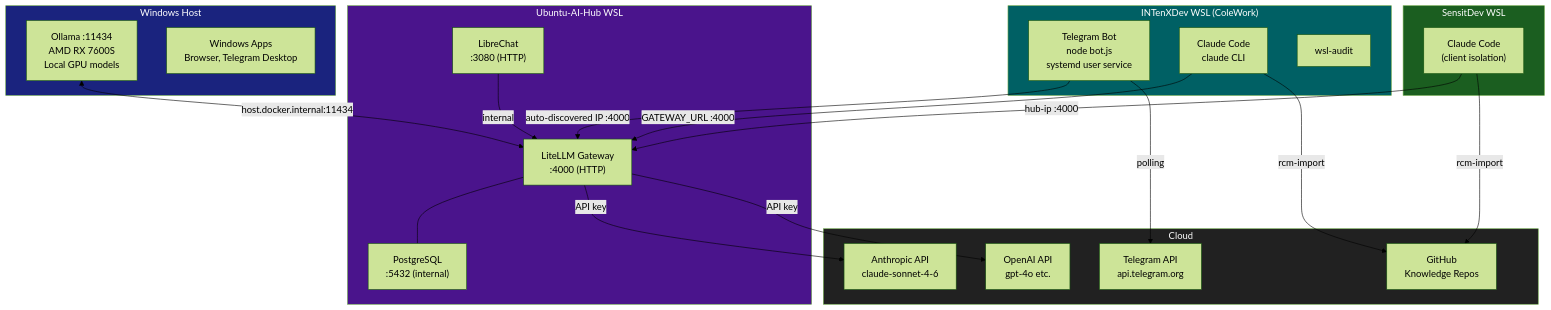
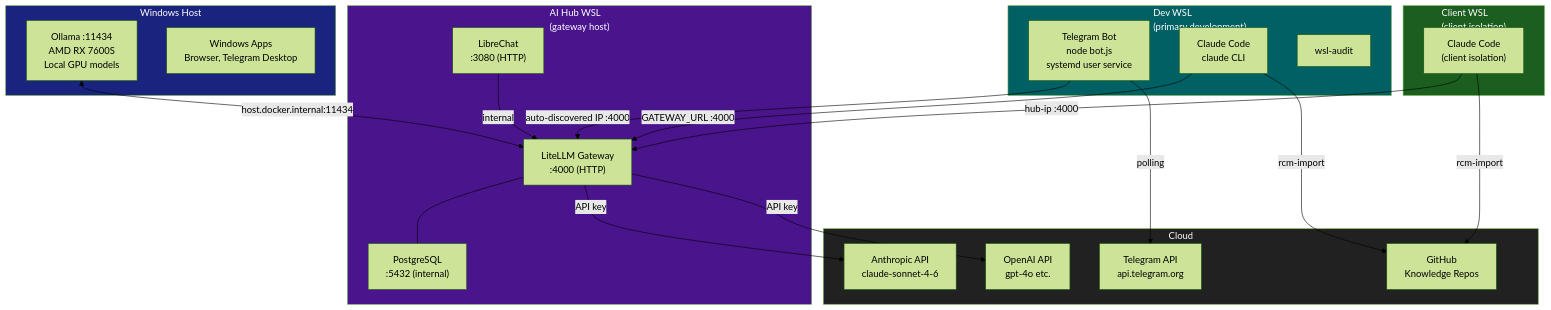
Before and after one commit to INTenX/rtgf-sage: the first of 3 diagrams in docs/architecture/network-topology.md, drawn with Mermaid (forest theme). The commit also changed other lines of this file and 8 other files, not shown here.

````diff
--- a/docs/architecture/network-topology.md
+++ b/docs/architecture/network-topology.md
@@ -5,50 +5,50 @@
 ```mermaid
 graph TB
     subgraph WIN["Windows Host"]
         OL["Ollama :11434\nAMD RX 7600S\nLocal GPU models"]
         WIN_APP["Windows Apps\nBrowser, Telegram Desktop"]
     end
 
-    subgraph HUB["Ubuntu-AI-Hub WSL"]
+    subgraph HUB["AI Hub WSL\n(gateway host)"]
         GW["LiteLLM Gateway\n:4000 (HTTP)"]
         LC["LibreChat\n:3080 (HTTP)"]
         PG["PostgreSQL\n:5432 (internal)"]
         GW --- PG
     end
 
-    subgraph CW["INTenXDev WSL (ColeWork)"]
+    subgraph CW["Dev WSL\n(primary development)"]
         BOT["Telegram Bot\nnode bot.js\nsystemd user service"]
         CC["Claude Code\nclaude CLI"]
         WA["wsl-audit"]
     end
 
-    subgraph SD["SensitDev WSL"]
+    subgraph SD["Client WSL\n(client isolation)"]
         CC2["Claude Code\n(client isolation)"]
     end
 
     subgraph CLOUD["Cloud"]
         ANT["Anthropic API\nclaude-sonnet-4-6"]
         OAI["OpenAI API\ngpt-4o etc."]
         TGA["Telegram API\napi.telegram.org"]
         GHB["GitHub\nKnowledge Repos"]
     end
 
     OL <-->|"host.docker.internal:11434"| GW
     BOT -->|"auto-discovered IP :4000"| GW
     CC -->|"GATEWAY_URL :4000"| GW
     CC2 -->|"hub-ip :4000"| GW
     LC -->|"internal"| GW
 
     GW -->|"API key"| ANT
     GW -->|"API key"| OAI
     BOT -->|"polling"| TGA
 
     CC -->|"rcm-import"| GHB
     CC2 -->|"rcm-import"| GHB
 
     style WIN fill:#1a237e,color:#fff
     style HUB fill:#4a148c,color:#fff
     style CW fill:#006064,color:#fff
     style SD fill:#1b5e20,color:#fff
     style CLOUD fill:#212121,color:#fff
 ```
````
